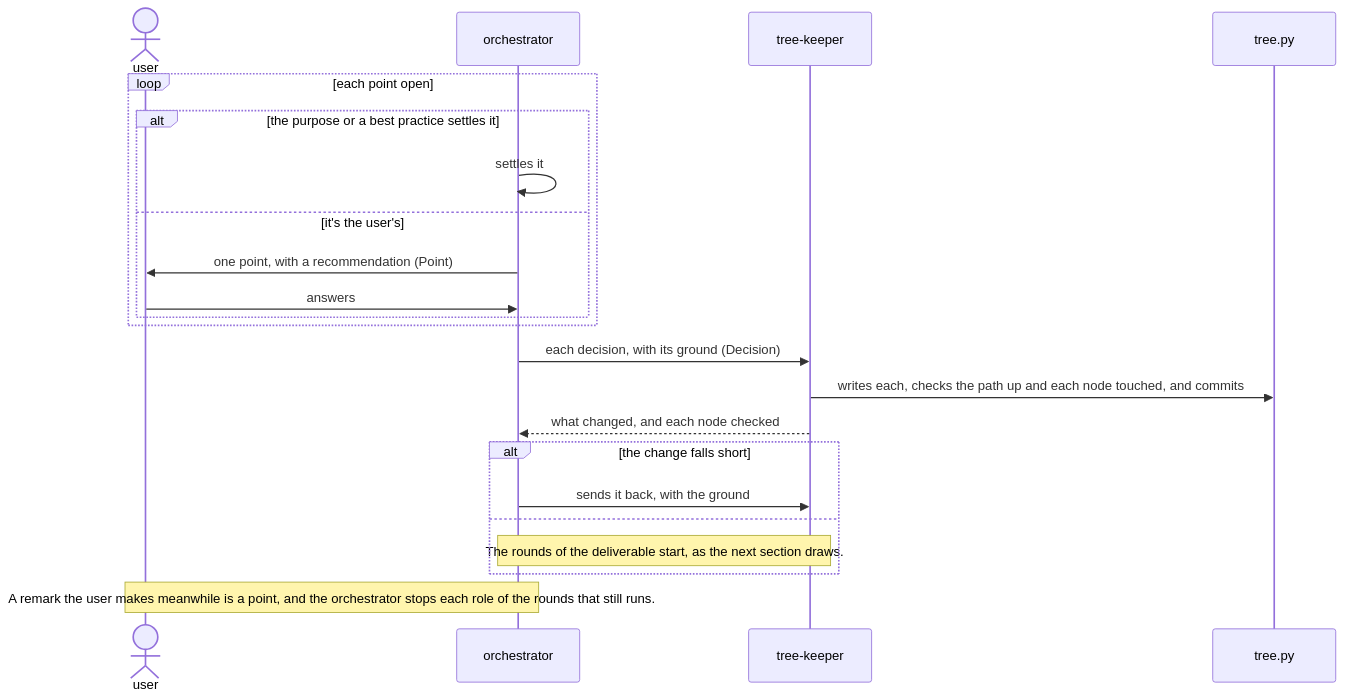
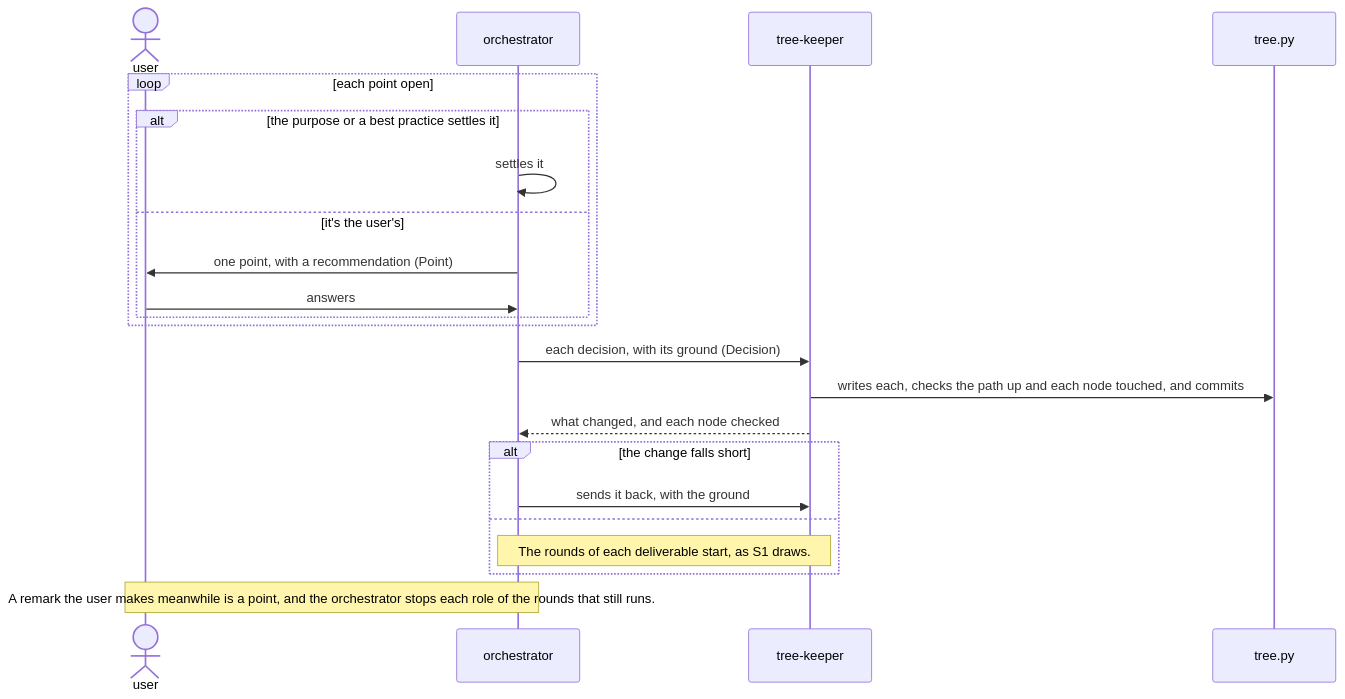
The second of 6 diagrams in dev/rn/architecture.md (lovaizu/ccpm), drawn with Mermaid before and after one commit. The commit also changed other lines of this file and 11 other files, not shown here.

````diff
--- a/dev/rn/architecture.md
+++ b/dev/rn/architecture.md
@@ -174,24 +225,24 @@
 ```mermaid
 sequenceDiagram
   actor U as user
   participant O as orchestrator
   participant K as tree-keeper
   participant T as tree.py
   loop each point open
     alt the purpose or a best practice settles it
       O->>O: settles it
     else it's the user's
       O->>U: one point, with a recommendation (Point)
       U->>O: answers
     end
   end
   O->>K: each decision, with its ground (Decision)
   K->>T: writes each, checks the path up and each node touched, and commits
   K-->>O: what changed, and each node checked
   alt the change falls short
     O->>K: sends it back, with the ground
   else
-    Note over O,K: The rounds of the deliverable start, as the next section draws.
+    Note over O,K: The rounds of each deliverable start, as S1 draws.
   end
   Note over U,O: A remark the user makes meanwhile is a point, and the orchestrator stops each role of the rounds that still runs.
 ```
````
